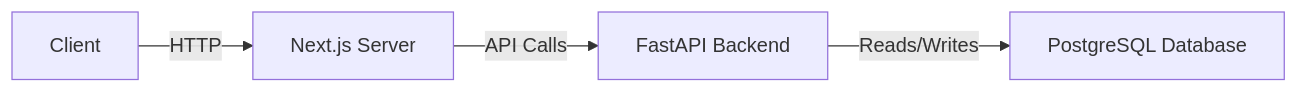
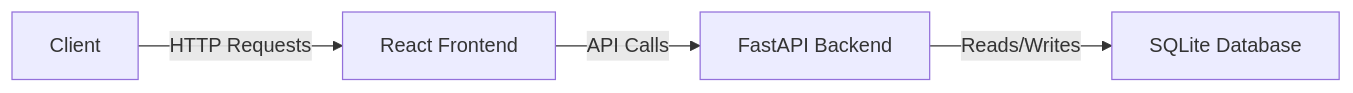
The first of 4 diagrams in development_plan.md (nero19960329/autify-ai-engineer-assignment), drawn with Mermaid before and after one commit. The commit also changed other lines of this file, not shown here.

````diff
--- a/development_plan.md
+++ b/development_plan.md
@@ -14,6 +13,6 @@
 ```mermaid
 graph LR
-A1[Client] -- HTTP --> B1[Next.js Server]
-B1 -- API Calls --> C1[FastAPI Backend]
-C1 -- Reads/Writes --> D1[PostgreSQL Database]
+A[Client] -- HTTP Requests --> B[React Frontend]
+B -- API Calls --> C[FastAPI Backend]
+C -- Reads/Writes --> D[SQLite Database]
 ```
````
